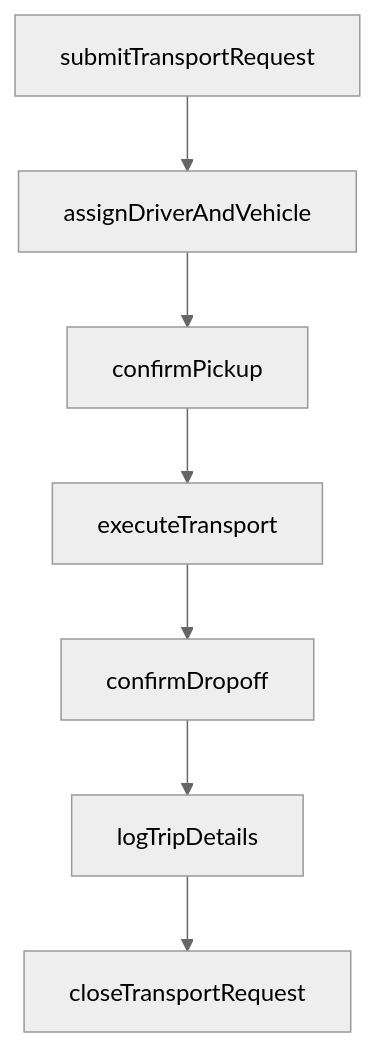
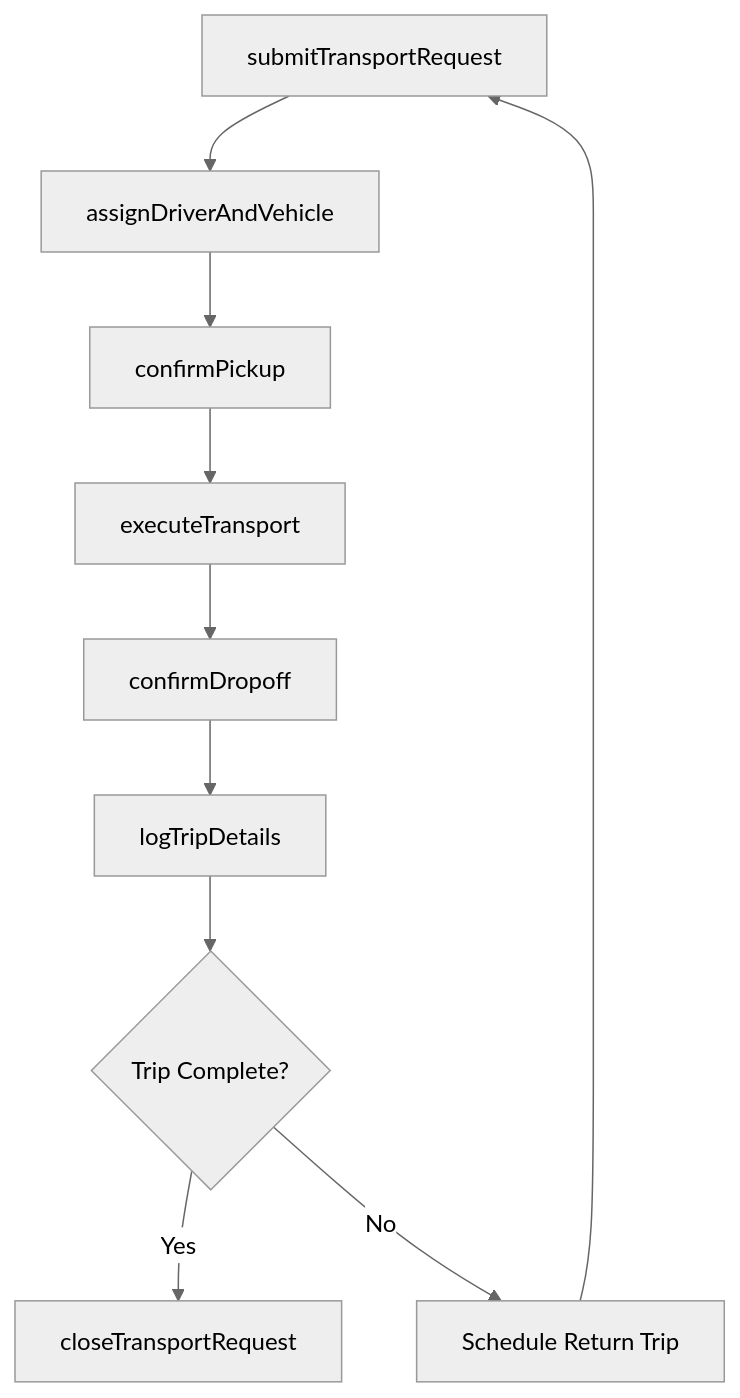
One commit to dot-org-ai/tasks.org.ai changed the third of 4 diagrams in PerformingGeneralPhysicalActivities/EscortOthers/ProvideEscortTransportation.mdx. Above: the diagram before and after it, drawn with Mermaid (neutral theme). The commit also changed other lines of this file and 266 other files, not shown here.

First line of the commit message:
feat: Add ER diagrams, state diagrams to wave 2 batch (251 DWA files)

````diff
--- a/PerformingGeneralPhysicalActivities/EscortOthers/ProvideEscortTransportation.mdx
+++ b/PerformingGeneralPhysicalActivities/EscortOthers/ProvideEscortTransportation.mdx
@@ -86,9 +114,12 @@
 ```mermaid
 graph TD
     A[submitTransportRequest] --> B[assignDriverAndVehicle]
     B --> C[confirmPickup]
     C --> D[executeTransport]
     D --> E[confirmDropoff]
     E --> F[logTripDetails]
-    F --> G[closeTransportRequest]
+    F --> G{Trip Complete?}
+    G -->|Yes| H[closeTransportRequest]
+    G -->|No| I[Schedule Return Trip]
+    I --> A
 ```
````
